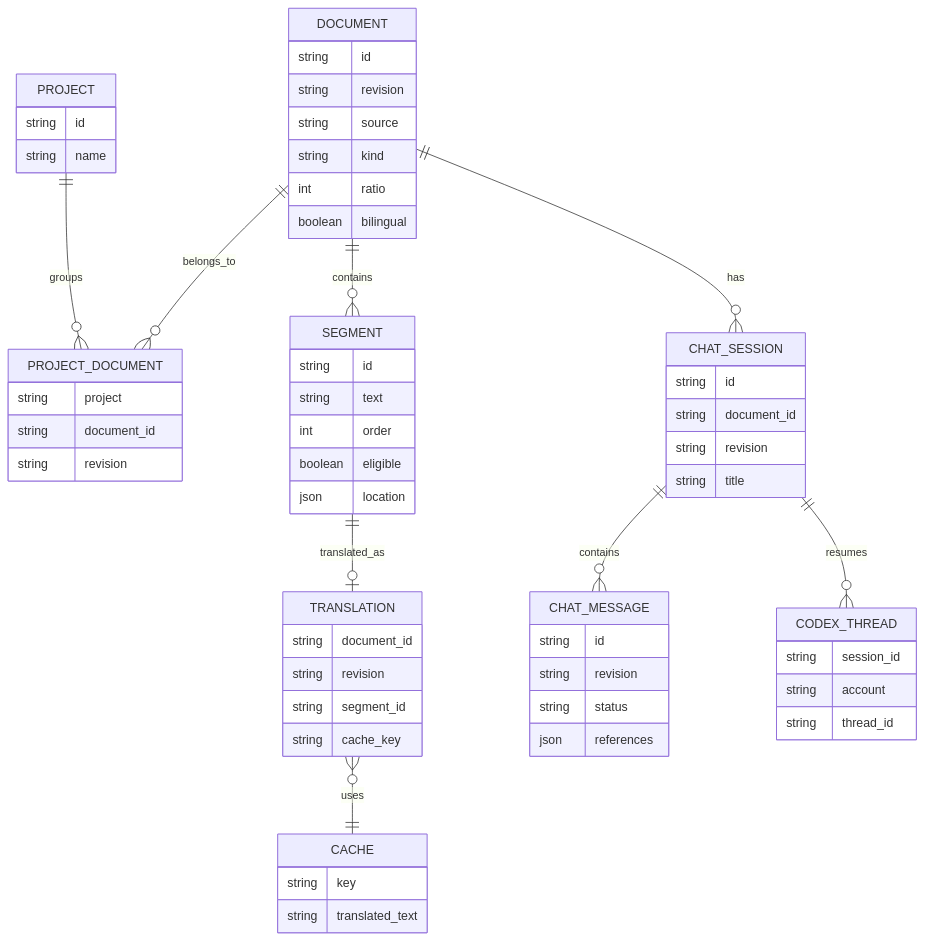
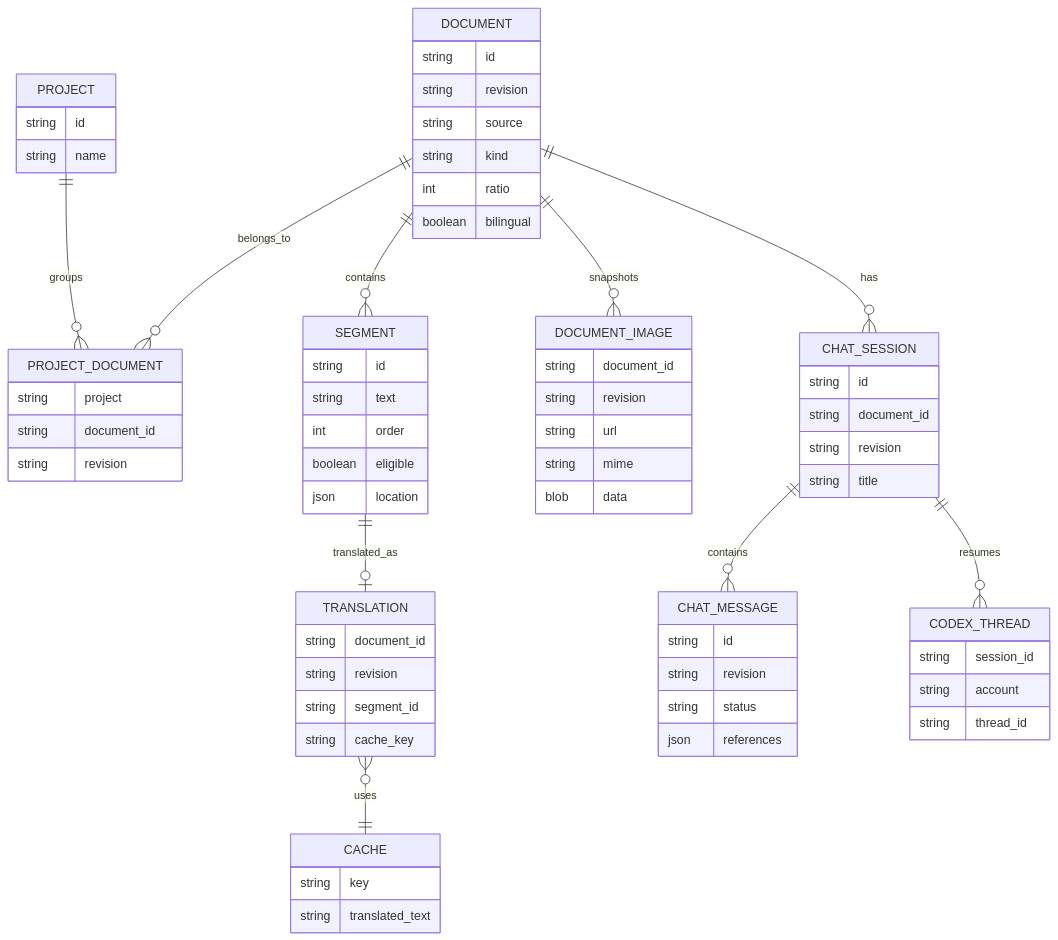
One commit to k-zshiba/Gradia changed the second of 4 diagrams in docs/architecture.md. Above: the diagram before and after it, drawn with Mermaid. The commit also changed other lines of this file and 14 other files, not shown here.

````diff
--- a/docs/architecture.md
+++ b/docs/architecture.md
@@ -34,62 +34,70 @@
 ```mermaid
 erDiagram
   PROJECT ||--o{ PROJECT_DOCUMENT : groups
   DOCUMENT ||--o{ PROJECT_DOCUMENT : belongs_to
   DOCUMENT ||--o{ SEGMENT : contains
+  DOCUMENT ||--o{ DOCUMENT_IMAGE : snapshots
   SEGMENT ||--o| TRANSLATION : translated_as
   DOCUMENT ||--o{ CHAT_SESSION : has
   CHAT_SESSION ||--o{ CHAT_MESSAGE : contains
   CHAT_SESSION ||--o{ CODEX_THREAD : resumes
   TRANSLATION }o--|| CACHE : uses
   DOCUMENT {
     string id
     string revision
     string source
     string kind
     int ratio
     boolean bilingual
   }
   PROJECT {
     string id
     string name
   }
   PROJECT_DOCUMENT {
     string project
     string document_id
     string revision
   }
   SEGMENT {
     string id
     string text
     int order
     boolean eligible
     json location
   }
   TRANSLATION {
     string document_id
     string revision
     string segment_id
     string cache_key
   }
   CACHE {
     string key
     string translated_text
   }
+  DOCUMENT_IMAGE {
+    string document_id
+    string revision
+    string url
+    string mime
+    blob data
+  }
   CHAT_MESSAGE {
     string id
     string revision
     string status
     json references
   }
   CHAT_SESSION {
     string id
     string document_id
     string revision
     string title
   }
   CODEX_THREAD {
     string session_id
     string account
     string thread_id
   }
 ```
````
